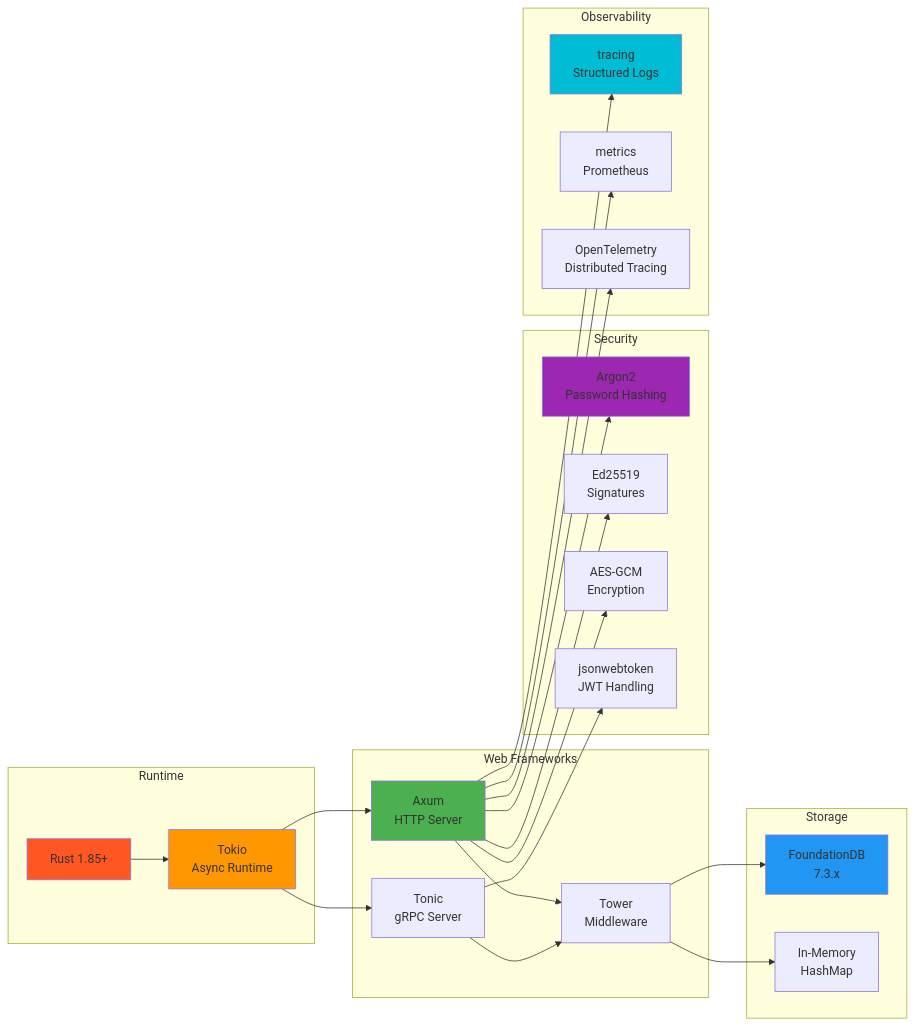
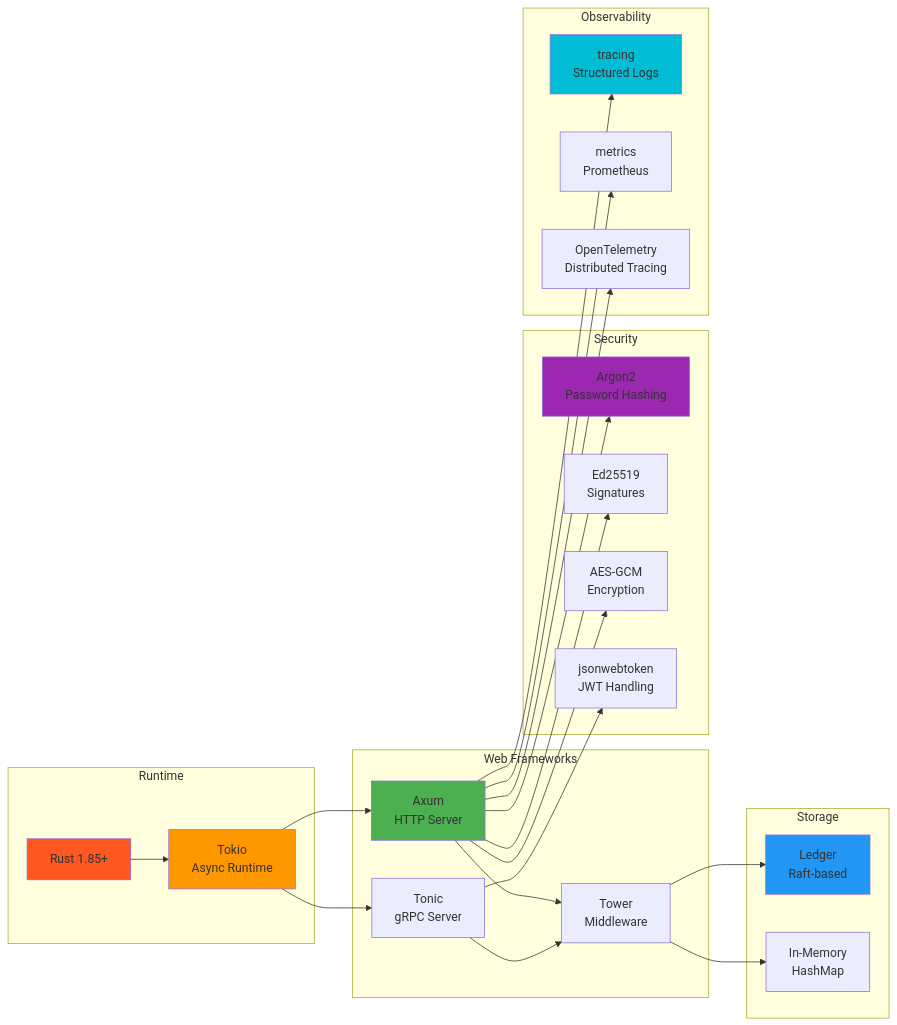
The ninth of 10 diagrams in docs/architecture.md (inferadb/control), drawn with Mermaid before and after one commit. The commit also changed other lines of this file and 61 other files, not shown here.

Commit message:
improve: fdb → ledger

````diff
--- a/docs/architecture.md
+++ b/docs/architecture.md
@@ -472,56 +472,56 @@
 ```mermaid
 graph LR
     subgraph "Runtime"
         Rust[Rust 1.85+]
         Tokio[Tokio<br/>Async Runtime]
     end
 
     subgraph "Web Frameworks"
         Axum[Axum<br/>HTTP Server]
         Tonic[Tonic<br/>gRPC Server]
         Tower[Tower<br/>Middleware]
     end
 
     subgraph "Storage"
-        FDB[FoundationDB<br/>7.3.x]
+        LedgerDB[Ledger<br/>Raft-based]
         Memory[In-Memory<br/>HashMap]
     end
 
     subgraph "Security"
         Argon2[Argon2<br/>Password Hashing]
         Ed25519[Ed25519<br/>Signatures]
         AES[AES-GCM<br/>Encryption]
         JWT[jsonwebtoken<br/>JWT Handling]
     end
 
     subgraph "Observability"
         Tracing[tracing<br/>Structured Logs]
         Metrics[metrics<br/>Prometheus]
         OTLP[OpenTelemetry<br/>Distributed Tracing]
     end
 
     Rust --> Tokio
     Tokio --> Axum
     Tokio --> Tonic
     Axum --> Tower
     Tonic --> Tower
 
-    Tower --> FDB
+    Tower --> LedgerDB
     Tower --> Memory
 
     Axum --> Argon2
     Axum --> Ed25519
     Axum --> AES
     Tonic --> JWT
 
     Axum --> Tracing
     Axum --> Metrics
     Axum --> OTLP
 
     style Rust fill:#FF5722
     style Tokio fill:#FF9800
     style Axum fill:#4CAF50
-    style FDB fill:#2196F3
+    style LedgerDB fill:#2196F3
     style Argon2 fill:#9C27B0
     style Tracing fill:#00BCD4
 ```
````
